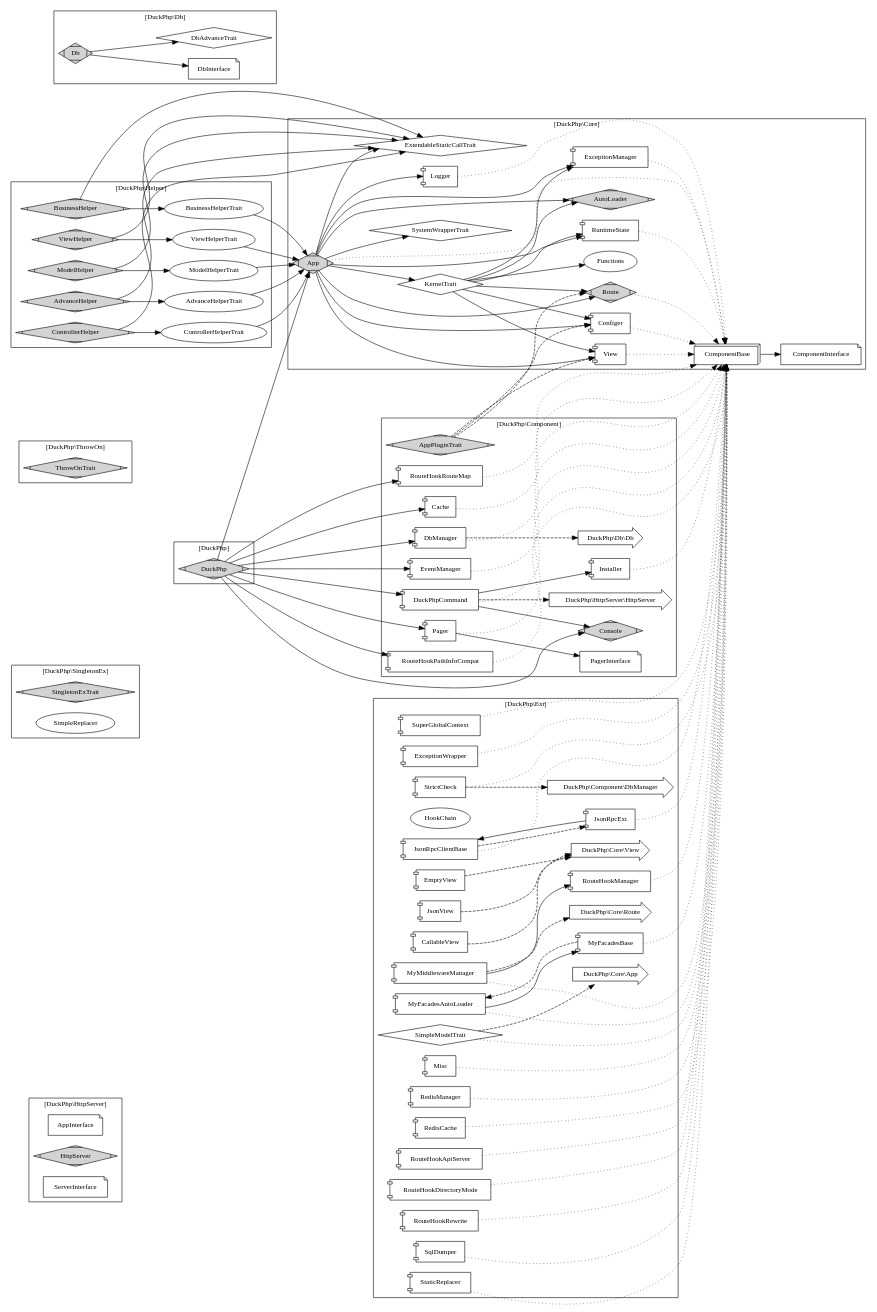
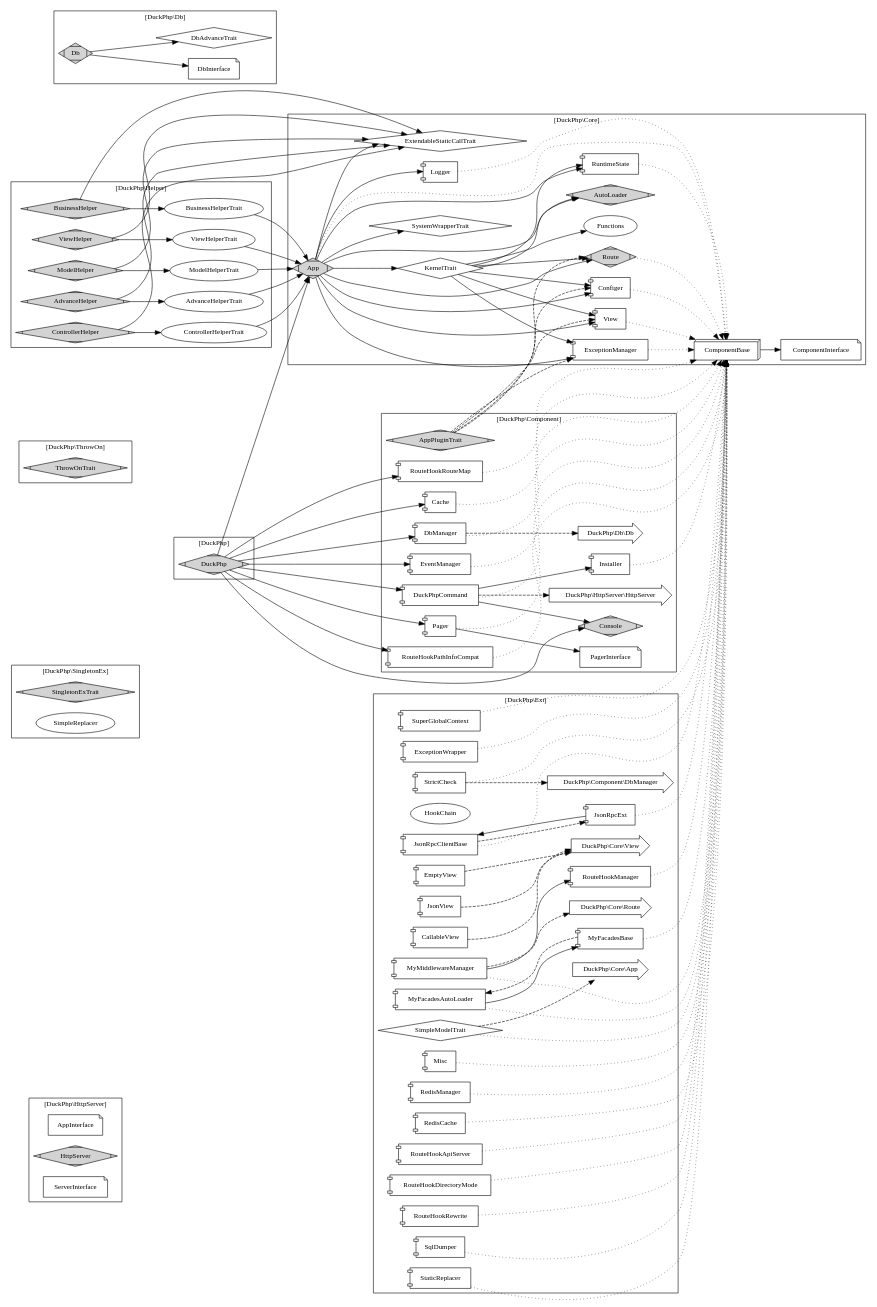
The diagram in docs/duckphp.gv (dvaknheo/duckphp), drawn with Graphviz before and after one commit. The commit also changed 8 other files, not shown here.

Commit message:
调整了 AppPluginTrait 小调了 jsonview

```diff
--- a/docs/duckphp.gv
+++ b/docs/duckphp.gv
@@ -139,6 +139,7 @@
     X_HttpServer[label="DuckPhp\\HttpServer\\HttpServer",shape="rarrow"];
     X_Db_Db[label="DuckPhp\\Db\\Db",shape="rarrow"];
     
+    AppPluginTrait -> ExceptionManager [style="dashed"]; 
     AppPluginTrait -> Configer [style="dashed"]; 
     AppPluginTrait -> View [style="dashed"]; 
     AppPluginTrait -> Route [style="dashed"]; 
```
